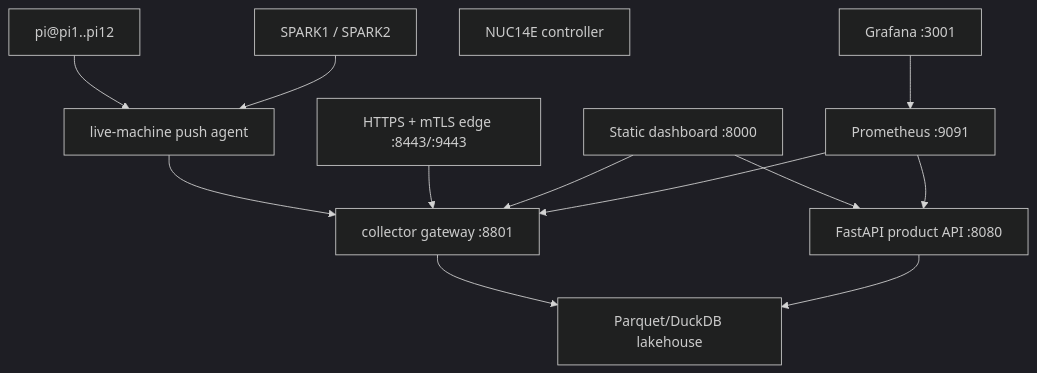
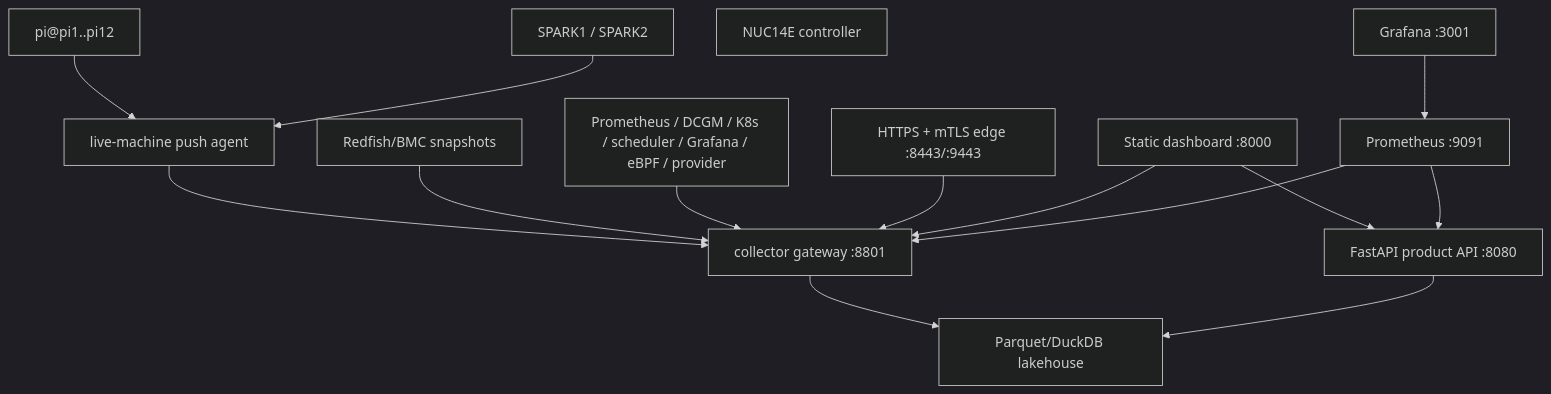
Before and after one commit to TurbaAI/Analytics: the first of 2 diagrams in README.md, drawn with Mermaid (dark theme). The commit also changed other lines of this file and 31 other files, not shown here.

````diff
--- a/README.md
+++ b/README.md
@@ -59,26 +71,30 @@
 ```mermaid
 flowchart TD
   Pi["pi@pi1..pi12"]
   Spark["SPARK1 / SPARK2"]
   Nuc["NUC14E controller"]
   Agent["live-machine push agent"]
+  Redfish["Redfish/BMC snapshots"]
+  Sources["Prometheus / DCGM / K8s / scheduler / Grafana / eBPF / provider"]
   Collector["collector gateway :8801"]
   Edge["HTTPS + mTLS edge :8443/:9443"]
   Lake["Parquet/DuckDB lakehouse"]
   API["FastAPI product API :8080"]
   UI["Static dashboard :8000"]
   Prom["Prometheus :9091"]
   Grafana["Grafana :3001"]
 
   Pi --> Agent
   Spark --> Agent
   Agent --> Collector
+  Redfish --> Collector
+  Sources --> Collector
   Edge --> Collector
   Collector --> Lake
   API --> Lake
   UI --> API
   UI --> Collector
   Prom --> API
   Prom --> Collector
   Grafana --> Prom
 ```
````
